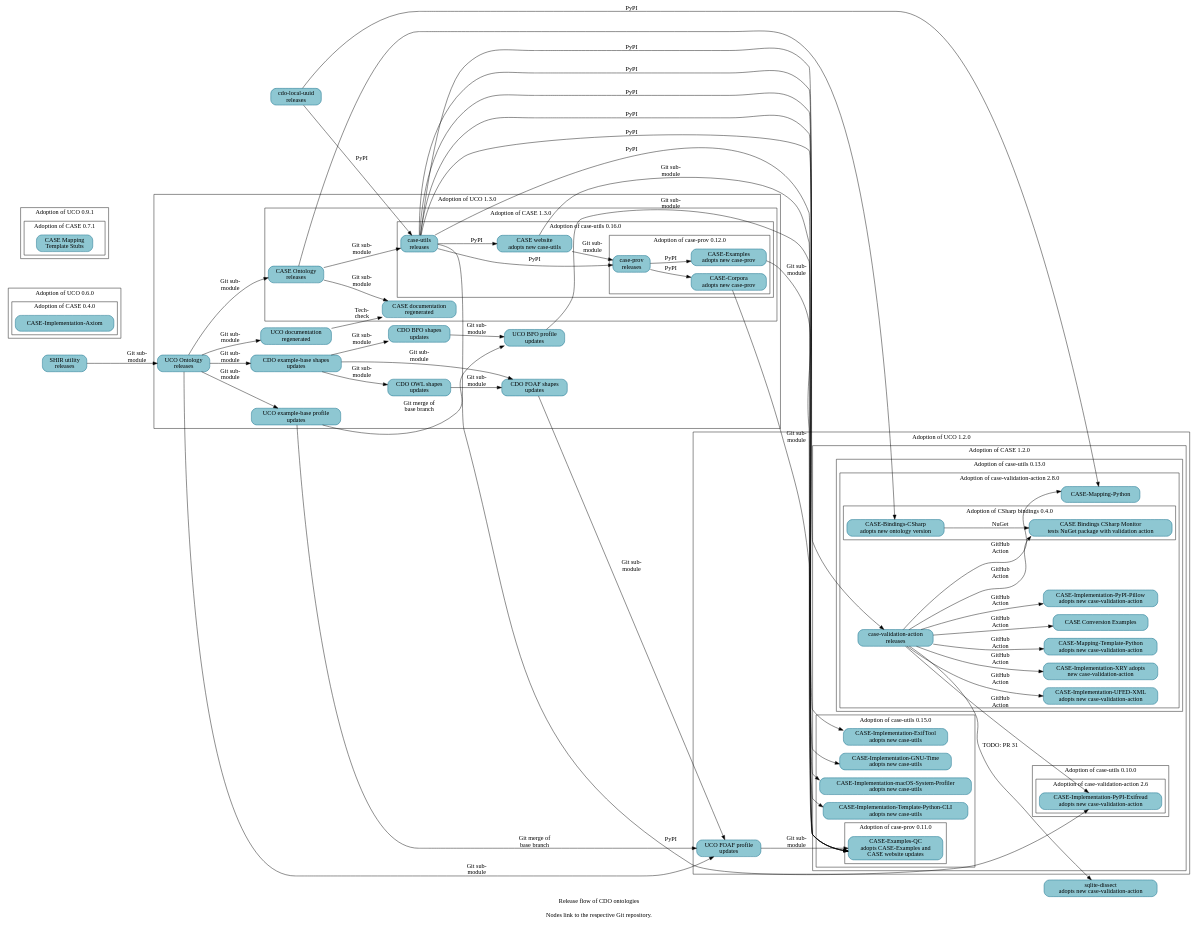
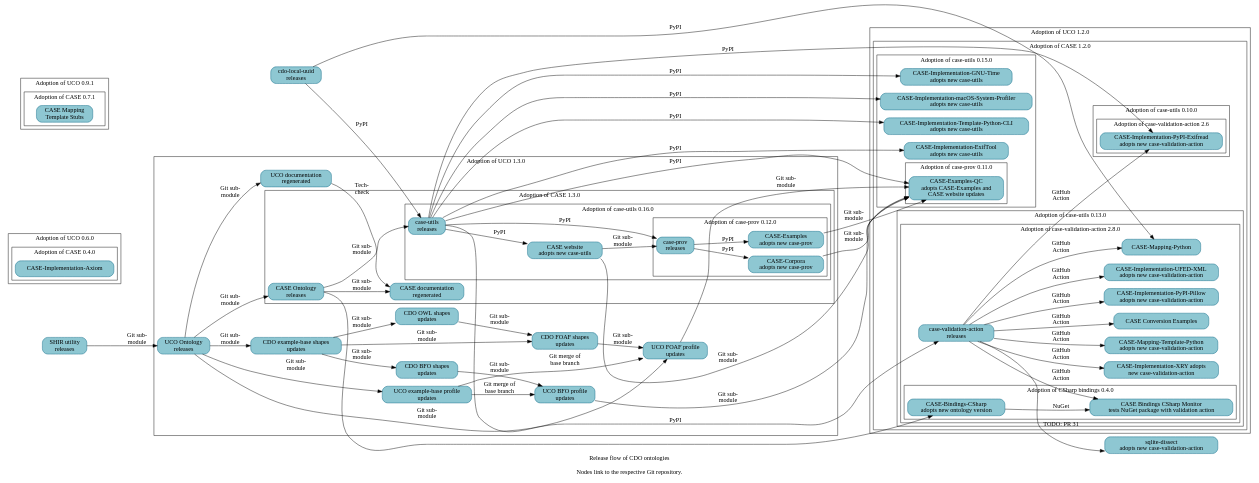
The diagram in resources/project_release_flow.dot (Cyber-Domain-Ontology/cdo.github.io), drawn with Graphviz before and after one commit. The commit also changed other lines of this file, not shown here.

First line of the commit message:
Bump adoption of UCO

```diff
--- a/resources/project_release_flow.dot
+++ b/resources/project_release_flow.dot
@@ -1,173 +1,173 @@
 digraph "cdo_release_flow" {
   label = "Release flow of CDO ontologies\n\nNodes link to the respective Git repository." ;
   rankdir = "LR" ;
   node [shape="rectangle" style="filled,rounded" fillcolor="#8EC7D2" color="#0D6986"] ;
 
   // Define nodes in their corresponding progress subgraph.
 
   _GH__CYBER_DOMAIN_ONTOLOGY__CDO_UTILITY_LOCAL_UUID [URL="https://github.com/Cyber-Domain-Ontology/CDO-Utility-Local-UUID" label="cdo-local-uuid\nreleases"] ;
 
   subgraph cluster_uco_0_6_0 {
     label = "Adoption of UCO 0.6.0" ;
 
     subgraph cluster_case_0_4_0 {
       label = "Adoption of CASE 0.4.0" ;
       _GH__CASEWORK__CASE_IMPLEMENTATION_AXIOM [URL="https://github.com/casework/CASE-Implementation-Axiom" label="CASE-Implementation-Axiom"] ;
     }
   }
 
   subgraph cluster_uco_0_9_1 {
     label = "Adoption of UCO 0.9.1" ;
 
     subgraph cluster_case_0_7_1 {
       label = "Adoption of CASE 0.7.1" ;
       _GH__CASEWORK__CASE_MAPPING_TEMPLATE_STUBS [URL="https://github.com/casework/CASE-Mapping-Template-Stubs" label="CASE Mapping\nTemplate Stubs"] ;
     }
   }
 
   subgraph cluster_uco_1_2_0 {
     label = "Adoption of UCO 1.2.0" ;
-
-    _GH__UCOPROJECT__UCO_PROFILE_FOAF [URL="https://github.com/ucoProject/UCO-Profile-FOAF" label="UCO FOAF profile\nupdates"] ;
 
     subgraph cluster_case_1_2_0 {
       label = "Adoption of CASE 1.2.0" ;
 
       subgraph cluster_case_utils_0_10_0 {
         label = "Adoption of case-utils 0.10.0" ;
 
         subgraph cluster_case_validation_action_2_6 {
           label = "Adoption of case-validation-action 2.6" ;
 
           _GH__CASEWORK__CASE_IMPLEMENTATION_PYPI_EXIFREAD [URL="https://github.com/casework/CASE-Implementation-PyPI-Exifread" label="CASE-Implementation-PyPI-Exifread\nadopts new case-validation-action"] ;
         }
       }
 
       subgraph cluster_case_utils_0_13_0 {
         label = "Adoption of case-utils 0.13.0" ;
 
         subgraph cluster_case_validation_action_2_8_0 {
           label = "Adoption of case-validation-action 2.8.0" ;
 
           _GH__KCHASON__CASE_VALIDATION_ACTION [URL="https://github.com/kchason/case-validation-action" label="case-validation-action\nreleases"] ;
           _GH__CASEWORK__CASE_EXAMPLES_CONVERSION [URL="https://github.com/casework/CASE-Examples-Conversion" label="CASE Conversion Examples"] ;
           _GH__CASEWORK__CASE_IMPLEMENTATION_PYPI_PILLOW [URL="https://github.com/casework/CASE-Implementation-PyPI-Pillow" label="CASE-Implementation-PyPI-Pillow\nadopts new case-validation-action"] ;
           _GH__CASEWORK__CASE_IMPLEMENTATION_UFED_XML [URL="https://github.com/casework/CASE-Implementation-UFED-XML" label="CASE-Implementation-UFED-XML\nadopts new case-validation-action"] ;
           _GH__CASEWORK__CASE_IMPLEMENTATION_XRY [URL="https://github.com/casework/CASE-Implementation-XRY" label="CASE-Implementation-XRY adopts\nnew case-validation-action"] ;
           _GH__CASEWORK__CASE_MAPPING_PYTHON [URL="https://github.com/casework/CASE-Mapping-Python/" label="CASE-Mapping-Python"] ;
           _GH__CASEWORK__CASE_MAPPING_TEMPLATE_PYTHON [URL="https://github.com/casework/CASE-Mapping-Template-Python" label="CASE-Mapping-Template-Python\nadopts new case-validation-action"] ;
 
           subgraph cluster_case_bindings_csharp_0_4_0 {
             label = "Adoption of CSharp bindings 0.4.0" ;
 
             _GH__CASEWORK__CASE_BINDINGS_CSHARP_MONITOR [URL="https://github.com/casework/CASE-Bindings-CSharp-Monitor" label="CASE Bindings CSharp Monitor\ntests NuGet package with validation action"] ;
             _GH__CIPHERTECHSOLUTIONS__CASE_BINDINGS_CSHARP [URL="https://github.com/ciphertechsolutions/CASE-Bindings-CSharp" label="CASE-Bindings-CSharp\nadopts new ontology version"] ;
           }
         }
       }
 
       subgraph cluster_case_utils_0_15_0 {
         label = "Adoption of case-utils 0.15.0" ;
 
         _GH__CASEWORK__CASE_IMPLEMENTATION_EXIFTOOL [URL="https://github.com/casework/CASE-Implementation-ExifTool" label="CASE-Implementation-ExifTool\nadopts new case-utils"] ;
         _GH__CASEWORK__CASE_IMPLEMENTATION_GNU_TIME [URL="https://github.com/casework/CASE-Implementation-GNU-Time" label="CASE-Implementation-GNU-Time\nadopts new case-utils"] ;
         _GH__CASEWORK__CASE_IMPLEMENTATION_MACOS_SYSTEM_PROFILER [URL="https://github.com/casework/CASE-Implementation-macOS-System-Profiler" label="CASE-Implementation-macOS-System-Profiler\nadopts new case-utils"] ;
         _GH__CASEWORK__CASE_IMPLEMENTATION_TEMPLATE_PYTHON_CLI [URL="https://github.com/casework/CASE-Implementation-Template-Python-CLI" label="CASE-Implementation-Template-Python-CLI\nadopts new case-utils"]
 
         subgraph cluster_case_prov_0_11_0 {
           label = "Adoption of case-prov 0.11.0" ;
 
           _GH__AJNELSON_NIST__CASE_EXAMPLES_QC [URL="https://github.com/ajnelson-nist/CASE-Examples-QC" label="CASE-Examples-QC\nadopts CASE-Examples and\nCASE website updates"] ;
         }
       }
     }
   }
 
   subgraph cluster_uco_1_3_0 {
     label = "Adoption of UCO 1.3.0" ;
 
     _GH__CYBER_DOMAIN_ONTOLOGY__CDO_SHAPES_BFO [URL="https://github.com/Cyber-Domain-Ontology/CDO-Shapes-BFO" label="CDO BFO shapes\nupdates"] ;
     _GH__CYBER_DOMAIN_ONTOLOGY__CDO_SHAPES_EXAMPLE [URL="https://github.com/Cyber-Domain-Ontology/CDO-Shapes-Example" label="CDO example-base shapes\nupdates"] ;
     _GH__CYBER_DOMAIN_ONTOLOGY__CDO_SHAPES_FOAF [URL="https://github.com/Cyber-Domain-Ontology/CDO-Shapes-FOAF" label="CDO FOAF shapes\nupdates"] ;
     _GH__CYBER_DOMAIN_ONTOLOGY__CDO_SHAPES_OWL [URL="https://github.com/Cyber-Domain-Ontology/CDO-Shapes-OWL" label="CDO OWL shapes\nupdates"] ;
     _GH__UCOPROJECT__ONTOLOGY_UNIFIEDCYBERONTOLOGY_ORG [URL="https://github.com/ucoProject/ontology.unifiedcyberontology.org" label="UCO documentation\nregenerated"] ;
     _GH__UCOPROJECT__UCO [URL="https://github.com/ucoProject/UCO" label="UCO Ontology\nreleases"] ;
     _GH__UCOPROJECT__UCO_PROFILE_BFO [URL="https://github.com/ucoProject/UCO-Profile-BFO" label="UCO BFO profile\nupdates"] ;
     _GH__UCOPROJECT__UCO_PROFILE_EXAMPLE [URL="https://github.com/ucoProject/UCO-Profile-Example" label="UCO example-base profile\nupdates"] ;
+    _GH__UCOPROJECT__UCO_PROFILE_FOAF [URL="https://github.com/ucoProject/UCO-Profile-FOAF" label="UCO FOAF profile\nupdates"] ;
+
 
     subgraph cluster_case_1_2_0 {
       label = "Adoption of CASE 1.3.0" ;
 
       _GH__CASEWORK__CASE [URL="https://github.com/casework/CASE" label="CASE Ontology\nreleases"] ;
       _GH__CASEWORK__ONTOLOGY_CASEONTOLOGY_ORG [URL="https://github.com/casework/ontology.caseontology.org" label="CASE documentation\nregenerated"] ;
 
       subgraph cluster_case_utils_0_16_0 {
         label = "Adoption of case-utils 0.16.0" ;
 
         _GH__CASEWORK__CASE_UTILITIES_PYTHON [URL="https://github.com/casework/CASE-Utilities-Python" label="case-utils\nreleases"] ;
         _GH__CASEWORK__CASEWORK_GITHUB_IO [URL="https://github.com/casework/casework.github.io" label="CASE website\nadopts new case-utils"] ;
 
         subgraph cluster_case_prov_0_12_0 {
           label = "Adoption of case-prov 0.12.0" ;
 
           _GH__CASEWORK__CASE_CORPORA [URL="https://github.com/casework/CASE-Corpora" label="CASE-Corpora\nadopts new case-prov"] ;
           _GH__CASEWORK__CASE_EXAMPLES [URL="https://github.com/casework/CASE-Examples" label="CASE-Examples\nadopts new case-prov"] ;
           _GH__CASEWORK__CASE_IMPLEMENTATION_PROV_O [URL="https://github.com/casework/CASE-Implementation-PROV-O" label="case-prov\nreleases"] ;
         }
       }
     }
   }
 
   _GH__CASEWORK__CASE_UTILITY_SHACL_INHERITANCE_REVIEWER [URL="https://github.com/casework/CASE-Utility-SHACL-Inheritance-Reviewer" label="SHIR utility\nreleases"] ;
   _GH__DOD_CYBER_CRIME_CENTER__SQLITE_DISSECT [URL="https://github.com/dod-cyber-crime-center/sqlite-dissect" label="sqlite-dissect\nadopts new case-validation-action"] ;
 
   // Begin edges
 
   _GH__CASEWORK__CASEWORK_GITHUB_IO -> _GH__CASEWORK__CASE_IMPLEMENTATION_PROV_O [label="Git sub-\nmodule"] ;
   _GH__CASEWORK__CASE_CORPORA -> _GH__AJNELSON_NIST__CASE_EXAMPLES_QC [label="Git sub-\nmodule"] ;
   _GH__CASEWORK__CASE -> _GH__CASEWORK__CASE_UTILITIES_PYTHON [label="Git sub-\nmodule"] ;
   _GH__CASEWORK__CASE -> _GH__CIPHERTECHSOLUTIONS__CASE_BINDINGS_CSHARP ;
   _GH__CASEWORK__CASE -> _GH__CASEWORK__ONTOLOGY_CASEONTOLOGY_ORG [label="Git sub-\nmodule"] ; 
   _GH__CASEWORK__CASE_EXAMPLES -> _GH__AJNELSON_NIST__CASE_EXAMPLES_QC [label="Git sub-\nmodule"] ;
   _GH__CASEWORK__CASE_IMPLEMENTATION_PROV_O -> _GH__CASEWORK__CASE_CORPORA [label="PyPI"] ;
   _GH__CASEWORK__CASE_IMPLEMENTATION_PROV_O -> _GH__CASEWORK__CASE_EXAMPLES [label="PyPI"] ;
   _GH__CASEWORK__CASE_UTILITIES_PYTHON -> _GH__AJNELSON_NIST__CASE_EXAMPLES_QC [label="PyPI"] ;
   _GH__CASEWORK__CASE_UTILITIES_PYTHON -> _GH__CASEWORK__CASE_IMPLEMENTATION_EXIFTOOL [label="PyPI"] ;
   _GH__CASEWORK__CASE_UTILITIES_PYTHON -> _GH__CASEWORK__CASE_IMPLEMENTATION_GNU_TIME [label="PyPI"] ;
   _GH__CASEWORK__CASE_UTILITIES_PYTHON -> _GH__CASEWORK__CASE_IMPLEMENTATION_MACOS_SYSTEM_PROFILER [label="PyPI"] ;
   _GH__CASEWORK__CASE_UTILITIES_PYTHON -> _GH__CASEWORK__CASE_IMPLEMENTATION_PROV_O [label="PyPI"] ;
   _GH__CASEWORK__CASE_UTILITIES_PYTHON -> _GH__CASEWORK__CASE_IMPLEMENTATION_PYPI_EXIFREAD [label="PyPI"] ;
   _GH__CASEWORK__CASE_UTILITIES_PYTHON -> _GH__CASEWORK__CASE_IMPLEMENTATION_TEMPLATE_PYTHON_CLI [label="PyPI"];
   _GH__CASEWORK__CASE_UTILITIES_PYTHON -> _GH__KCHASON__CASE_VALIDATION_ACTION [label="PyPI"] ;
   _GH__CASEWORK__CASE_UTILITIES_PYTHON -> _GH__CASEWORK__CASEWORK_GITHUB_IO [label="PyPI"] ;
   _GH__CASEWORK__CASE_UTILITY_SHACL_INHERITANCE_REVIEWER -> _GH__UCOPROJECT__UCO [label="Git sub-\nmodule"] ;
   _GH__CASEWORK__CASEWORK_GITHUB_IO -> _GH__AJNELSON_NIST__CASE_EXAMPLES_QC [label="Git sub-\nmodule"] ;
   _GH__CIPHERTECHSOLUTIONS__CASE_BINDINGS_CSHARP -> _GH__CASEWORK__CASE_BINDINGS_CSHARP_MONITOR [label="NuGet"] ;
   _GH__CYBER_DOMAIN_ONTOLOGY__CDO_UTILITY_LOCAL_UUID -> _GH__CASEWORK__CASE_MAPPING_PYTHON [label="PyPI"] ;
   _GH__CYBER_DOMAIN_ONTOLOGY__CDO_UTILITY_LOCAL_UUID -> _GH__CASEWORK__CASE_UTILITIES_PYTHON [label="PyPI"] ;
   _GH__CYBER_DOMAIN_ONTOLOGY__CDO_SHAPES_BFO -> _GH__UCOPROJECT__UCO_PROFILE_BFO [label="Git sub-\nmodule"] ;
   _GH__CYBER_DOMAIN_ONTOLOGY__CDO_SHAPES_EXAMPLE -> _GH__CYBER_DOMAIN_ONTOLOGY__CDO_SHAPES_BFO [label="Git sub-\nmodule"] ;
   _GH__CYBER_DOMAIN_ONTOLOGY__CDO_SHAPES_EXAMPLE -> _GH__CYBER_DOMAIN_ONTOLOGY__CDO_SHAPES_FOAF [label="Git sub-\nmodule"] ;
   _GH__CYBER_DOMAIN_ONTOLOGY__CDO_SHAPES_EXAMPLE -> _GH__CYBER_DOMAIN_ONTOLOGY__CDO_SHAPES_OWL [label="Git sub-\nmodule"] ;
   _GH__CYBER_DOMAIN_ONTOLOGY__CDO_SHAPES_FOAF -> _GH__UCOPROJECT__UCO_PROFILE_FOAF [label="Git sub-\nmodule"] ;
   _GH__CYBER_DOMAIN_ONTOLOGY__CDO_SHAPES_OWL -> _GH__CYBER_DOMAIN_ONTOLOGY__CDO_SHAPES_FOAF [label="Git sub-\nmodule"] ;
   _GH__KCHASON__CASE_VALIDATION_ACTION -> _GH__CASEWORK__CASE_BINDINGS_CSHARP_MONITOR [label="GitHub\nAction"] ;
   _GH__KCHASON__CASE_VALIDATION_ACTION -> _GH__CASEWORK__CASE_EXAMPLES_CONVERSION [label="GitHub\nAction"];
   _GH__KCHASON__CASE_VALIDATION_ACTION -> _GH__CASEWORK__CASE_IMPLEMENTATION_PYPI_EXIFREAD [label="GitHub\nAction"] ;
   _GH__KCHASON__CASE_VALIDATION_ACTION -> _GH__CASEWORK__CASE_IMPLEMENTATION_PYPI_PILLOW [label="GitHub\nAction"] ;
   _GH__KCHASON__CASE_VALIDATION_ACTION -> _GH__CASEWORK__CASE_IMPLEMENTATION_UFED_XML [label="GitHub\nAction"] ;
   _GH__KCHASON__CASE_VALIDATION_ACTION -> _GH__CASEWORK__CASE_IMPLEMENTATION_XRY [label="GitHub\nAction"] ;
   _GH__KCHASON__CASE_VALIDATION_ACTION -> _GH__CASEWORK__CASE_MAPPING_PYTHON [label="GitHub\nAction"] ;
   _GH__KCHASON__CASE_VALIDATION_ACTION -> _GH__CASEWORK__CASE_MAPPING_TEMPLATE_PYTHON [label="GitHub\nAction"] ;
   _GH__KCHASON__CASE_VALIDATION_ACTION -> _GH__DOD_CYBER_CRIME_CENTER__SQLITE_DISSECT [URL="https://github.com/dod-cyber-crime-center/sqlite-dissect/pull/31" label="TODO: PR 31"] ;
   _GH__UCOPROJECT__ONTOLOGY_UNIFIEDCYBERONTOLOGY_ORG -> _GH__CASEWORK__ONTOLOGY_CASEONTOLOGY_ORG [label="Tech-\ncheck"];
   _GH__UCOPROJECT__UCO -> _GH__CASEWORK__CASE [label="Git sub-\nmodule"] ;
   _GH__UCOPROJECT__UCO -> _GH__CYBER_DOMAIN_ONTOLOGY__CDO_SHAPES_EXAMPLE [label="Git sub-\nmodule"] ;
   _GH__UCOPROJECT__UCO -> _GH__UCOPROJECT__ONTOLOGY_UNIFIEDCYBERONTOLOGY_ORG [label="Git sub-\nmodule"] ;
   _GH__UCOPROJECT__UCO -> _GH__UCOPROJECT__UCO_PROFILE_EXAMPLE [label="Git sub-\nmodule"] ;
   _GH__UCOPROJECT__UCO -> _GH__UCOPROJECT__UCO_PROFILE_FOAF [label="Git sub-\nmodule"] ;
   _GH__UCOPROJECT__UCO_PROFILE_BFO -> _GH__AJNELSON_NIST__CASE_EXAMPLES_QC [label="Git sub-\nmodule"] ;
   _GH__UCOPROJECT__UCO_PROFILE_EXAMPLE -> _GH__UCOPROJECT__UCO_PROFILE_BFO [label="Git merge of\nbase branch"] ;
   _GH__UCOPROJECT__UCO_PROFILE_EXAMPLE -> _GH__UCOPROJECT__UCO_PROFILE_FOAF [label="Git merge of\nbase branch"] ;
   _GH__UCOPROJECT__UCO_PROFILE_FOAF -> _GH__AJNELSON_NIST__CASE_EXAMPLES_QC [label="Git sub-\nmodule"] ;
 }
```
